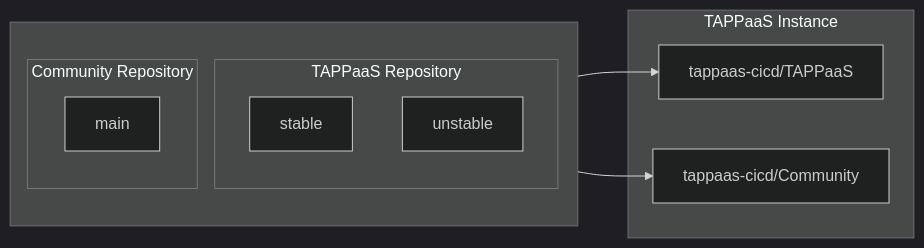
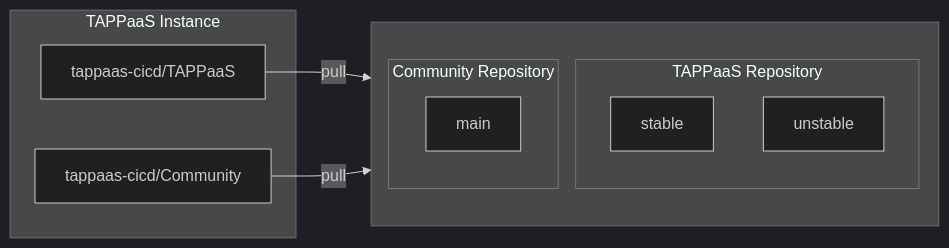
The second of 4 diagrams in docs/architecture/cicd-design/git-structure.md (TAPPaaS/Documentation), drawn with Mermaid (dark theme) before and after one commit. The commit also changed other lines of this file, not shown here.

First line of the commit message:
Reverse arrow direction in Git Structure diagrams

````diff
--- a/docs/architecture/cicd-design/git-structure.md
+++ b/docs/architecture/cicd-design/git-structure.md
@@ -34,21 +34,21 @@
 ```mermaid
 flowchart LR
     subgraph Repos[" "]
         direction TB
         subgraph TAPPaaS[TAPPaaS Repository]
             stable[stable]
             unstable[unstable]
         end
         subgraph Community[Community Repository]
             comm_main[main]
         end
     end
 
     subgraph Instance[TAPPaaS Instance]
         local[tappaas-cicd/TAPPaaS]
         comm_local[tappaas-cicd/Community]
     end
 
-    stable --> local
-    comm_main --> comm_local
+    local -->|pull| stable
+    comm_local -->|pull| comm_main
 ```
````
